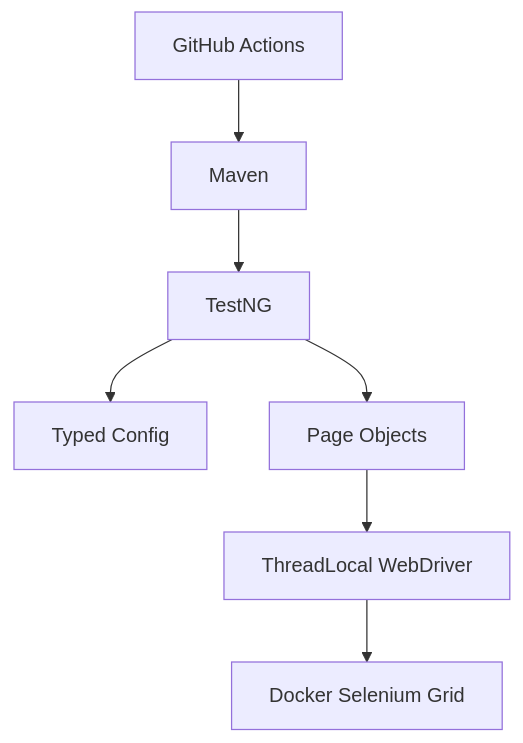
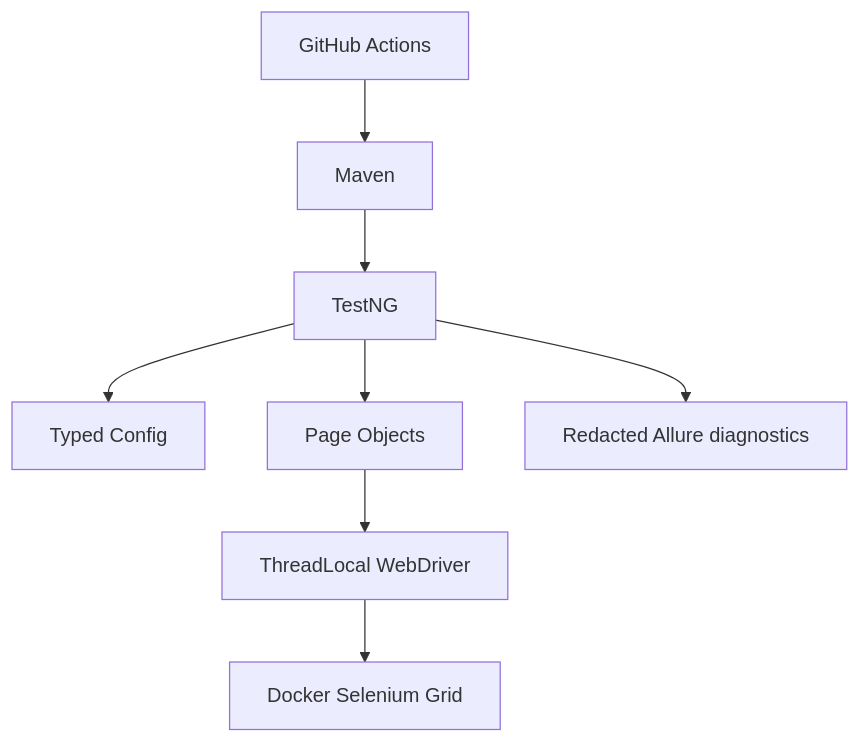
One commit to qa-test-automation-frameworks/selenium-testng-java-framework changed the diagram in README.md. Above: the diagram before and after it, drawn with Mermaid. The commit also changed other lines of this file, not shown here.

````diff
--- a/README.md
+++ b/README.md
@@ -71,9 +88,10 @@
 ```mermaid
 graph TD;
     CI[GitHub Actions] --> Maven;
     Maven --> TestNG;
     TestNG --> Config[Typed Config];
     TestNG --> Pages[Page Objects];
     Pages --> WebDriver[ThreadLocal WebDriver];
     WebDriver --> Grid[Docker Selenium Grid];
+    TestNG --> Allure[Redacted Allure diagnostics];
 ```
````
